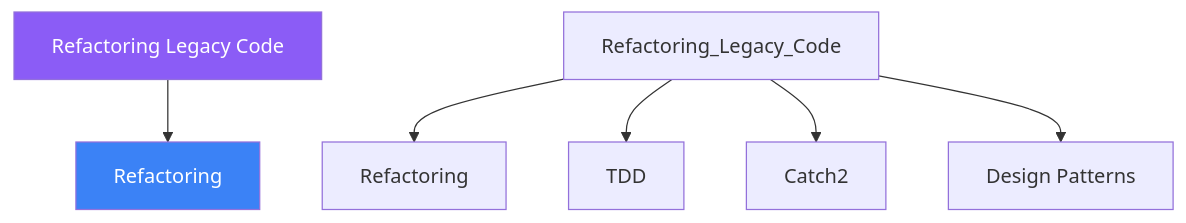
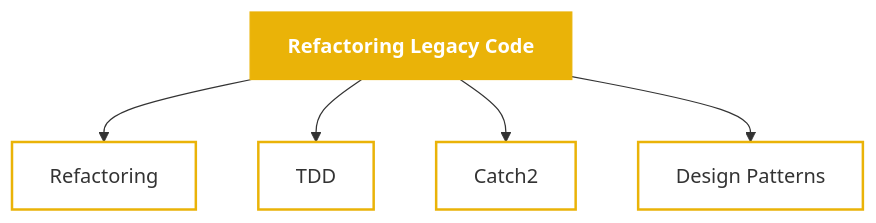
The diagram in mkdocs-site/docs/days/day-27/02-definition.md (AI-Maddy/Learn-Modern-CPP-OOP-30-Days), drawn with Mermaid before and after one commit. The commit also changed 99 other files, not shown here.

````diff
--- a/mkdocs-site/docs/days/day-27/02-definition.md
+++ b/mkdocs-site/docs/days/day-27/02-definition.md
@@ -83,10 +83,12 @@
 ```mermaid
 graph TD
-    ROOT["Refactoring Legacy Code"] --> A["Refactoring"]
-    Refactoring_Legacy_Code --> Refactoring["Refactoring"]
-    Refactoring_Legacy_Code --> TDD["TDD"]
-    Refactoring_Legacy_Code --> Catch2["Catch2"]
-    Refactoring_Legacy_Code --> Design_Patterns["Design Patterns"]
-    style ROOT fill:#8b5cf6,color:#fff
-    style A    fill:#3b82f6,color:#fff
+    ROOT["Refactoring Legacy Code"]
+    ROOT --> n0["Refactoring"]
+    ROOT --> n1["TDD"]
+    ROOT --> n2["Catch2"]
+    ROOT --> n3["Design Patterns"]
+    classDef topic fill:#eab308,stroke:#eab308,color:#ffffff,font-weight:bold
+    classDef concept fill:transparent,stroke:#eab308,stroke-width:2px
+    class ROOT topic
+    class n0,n1,n2,n3 concept
 ```
````
